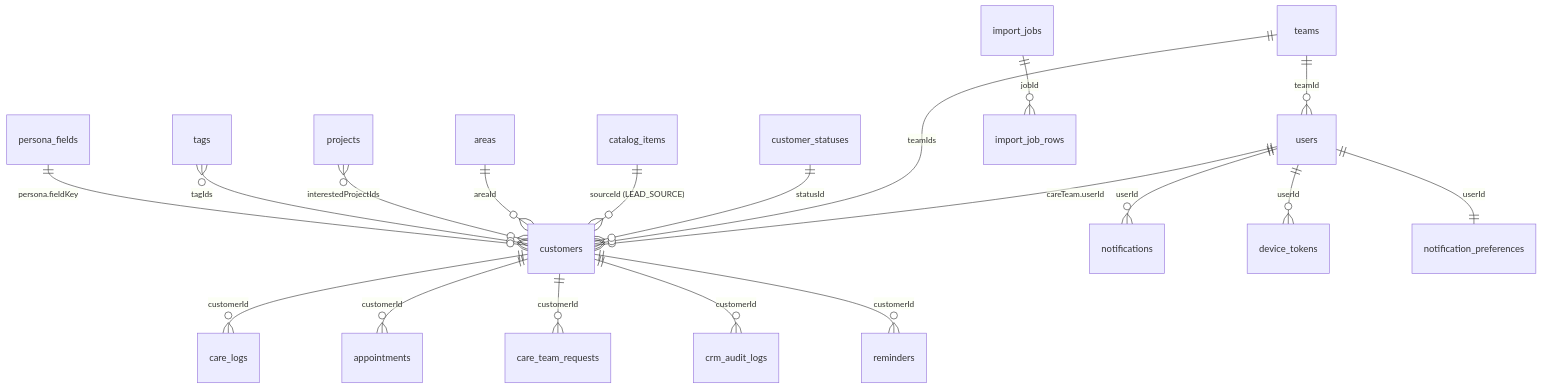
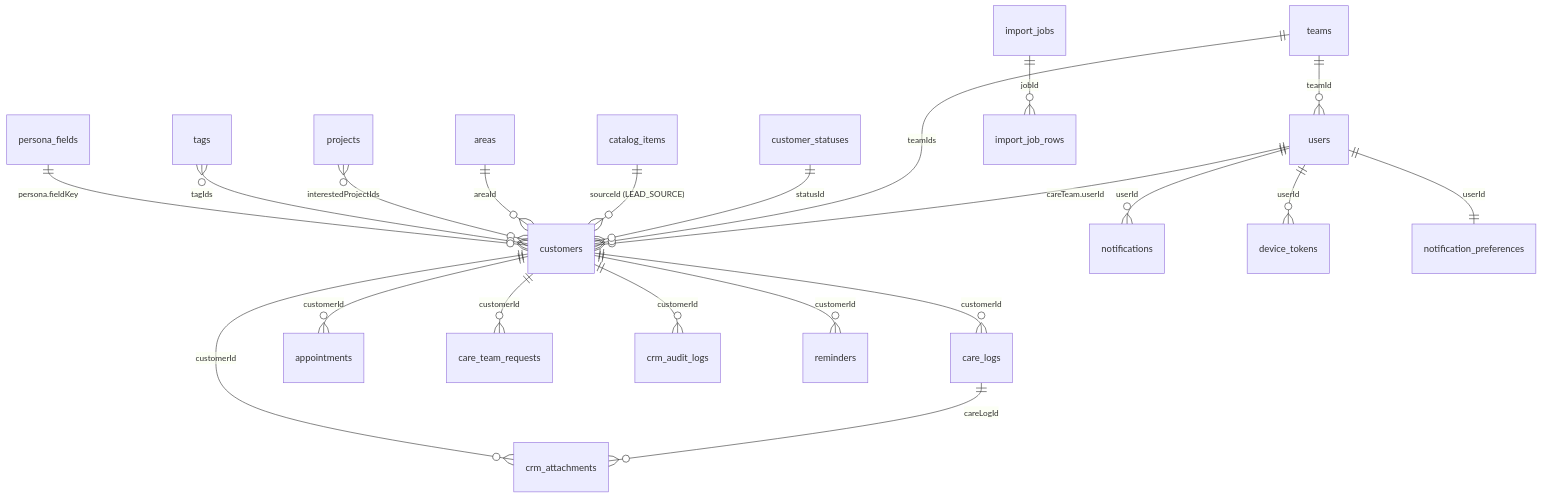
The second of 9 diagrams in docs/06_Module_Customer_Management/04_Tai_Lieu_Ky_Thuat_Module_Quan_Ly_Khach_Hang.md (hltn/RealEstateManager), drawn with Mermaid before and after one commit. The commit also changed other lines of this file and 101 other files, not shown here.

````diff
--- a/docs/06_Module_Customer_Management/04_Tai_Lieu_Ky_Thuat_Module_Quan_Ly_Khach_Hang.md
+++ b/docs/06_Module_Customer_Management/04_Tai_Lieu_Ky_Thuat_Module_Quan_Ly_Khach_Hang.md
@@ -163,21 +163,23 @@
 ```mermaid
 erDiagram
   users ||--o{ customers : "careTeam.userId"
   teams ||--o{ users : "teamId"
   teams ||--o{ customers : "teamIds"
   customer_statuses ||--o{ customers : "statusId"
   catalog_items ||--o{ customers : "sourceId (LEAD_SOURCE)"
   areas ||--o{ customers : "areaId"
   projects }o--o{ customers : "interestedProjectIds"
   tags }o--o{ customers : "tagIds"
   persona_fields ||--o{ customers : "persona.fieldKey"
   customers ||--o{ care_logs : "customerId"
+  care_logs ||--o{ crm_attachments : "careLogId"
+  customers ||--o{ crm_attachments : "customerId"
   customers ||--o{ appointments : "customerId"
   customers ||--o{ care_team_requests : "customerId"
   customers ||--o{ crm_audit_logs : "customerId"
   customers ||--o{ reminders : "customerId"
   users ||--o{ notifications : "userId"
   users ||--o{ device_tokens : "userId"
   users ||--|| notification_preferences : "userId"
   import_jobs ||--o{ import_job_rows : "jobId"
 ```
````
